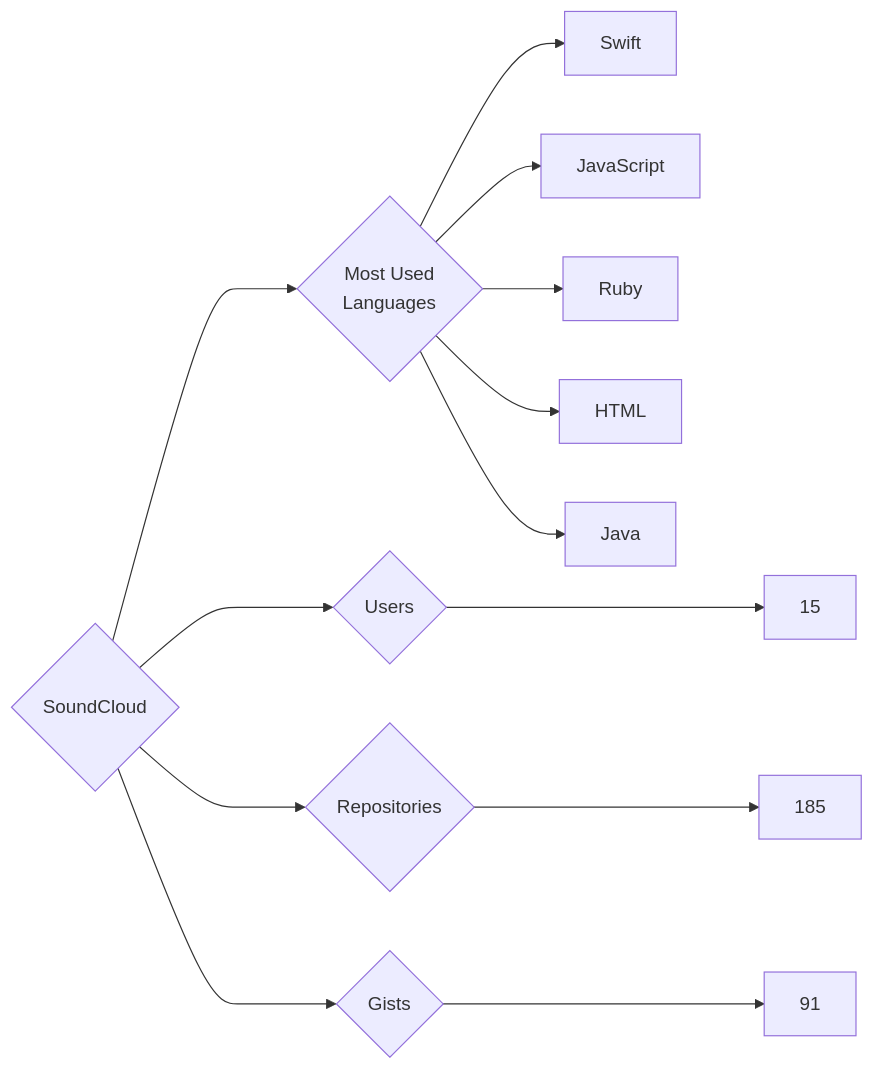
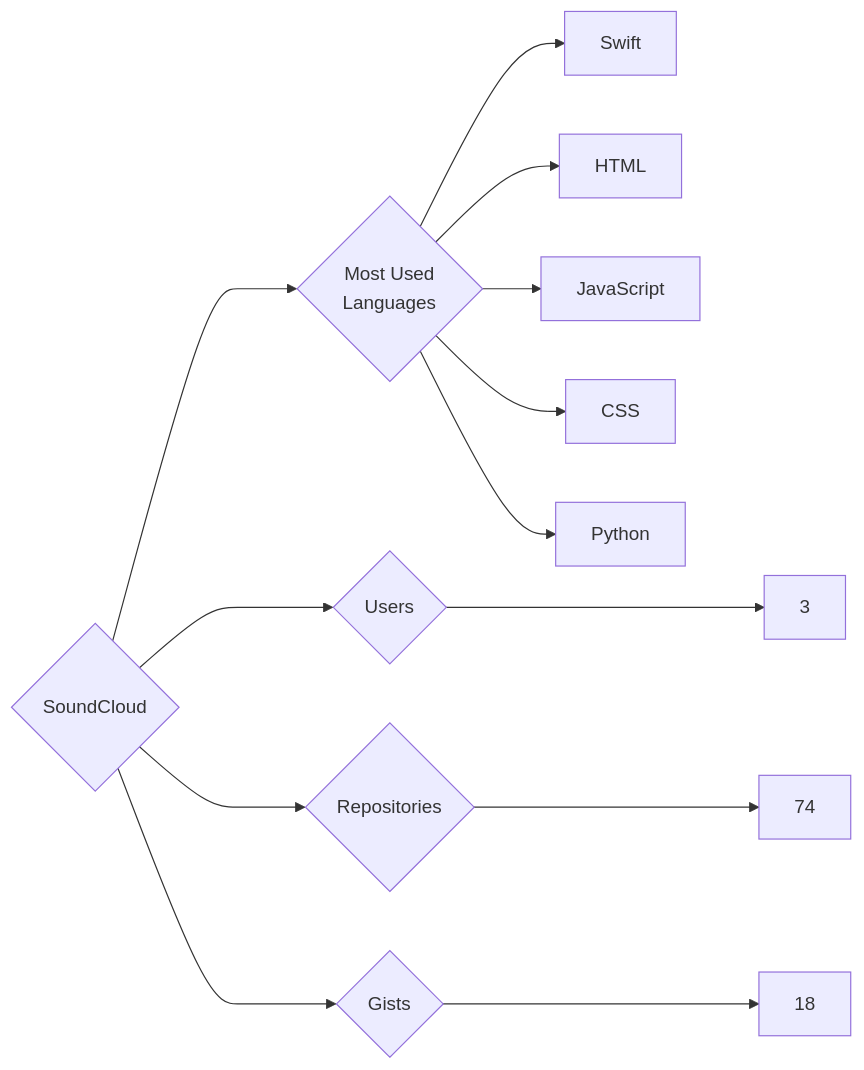
One commit to trickest/insiders changed the diagram in targets/SoundCloud/README.md. Above: the diagram before and after it, drawn with Mermaid. The commit also changed 695 other files, not shown here.

````diff
--- a/targets/SoundCloud/README.md
+++ b/targets/SoundCloud/README.md
@@ -3,13 +3,13 @@
 ```mermaid
 graph LR
 COMPANY_NAME{SoundCloud}
-COMPANY_NAME ---> U{Users} ---> UN[15]
-COMPANY_NAME ---> R{Repositories} ---> RN[185]
-COMPANY_NAME ---> G{Gists} ---> GN[91]
+COMPANY_NAME ---> U{Users} ---> UN[3]
+COMPANY_NAME ---> R{Repositories} ---> RN[74]
+COMPANY_NAME ---> G{Gists} ---> GN[18]
 COMPANY_NAME ---> ML{Most Used<br>Languages}
 ML --> Swift[Swift]
+ML --> HTML[HTML]
 ML --> JavaScript[JavaScript]
-ML --> Ruby[Ruby]
-ML --> HTML[HTML]
-ML --> Java[Java]
+ML --> CSS[CSS]
+ML --> Python[Python]
 ```
````
